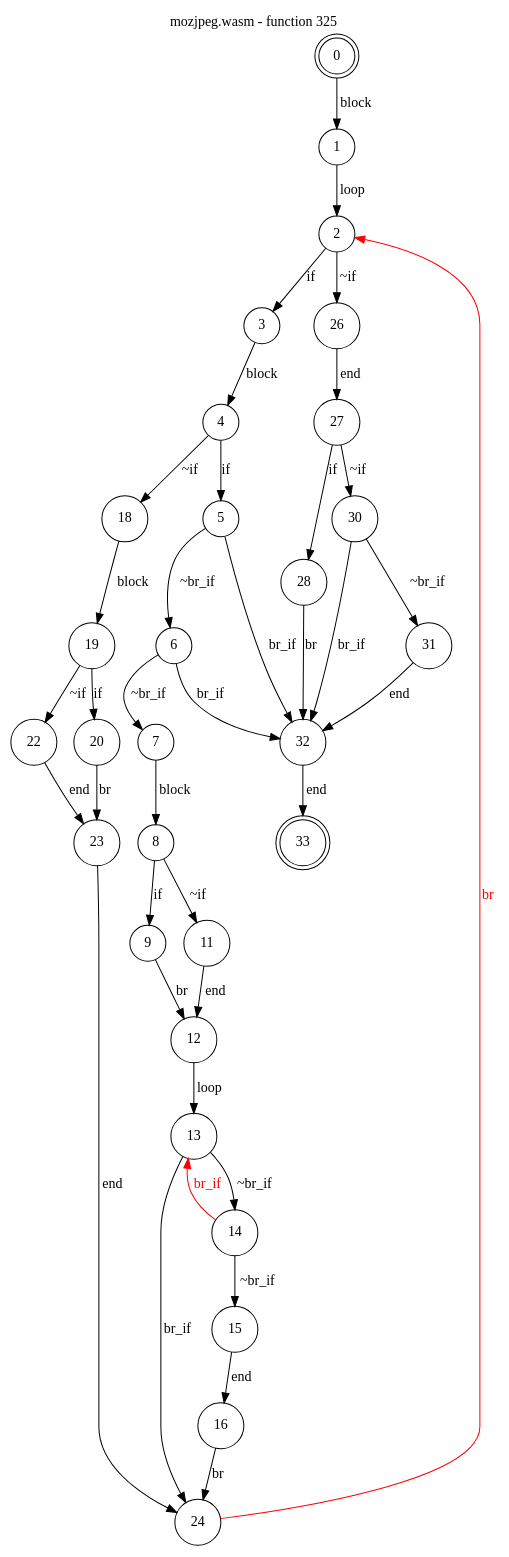
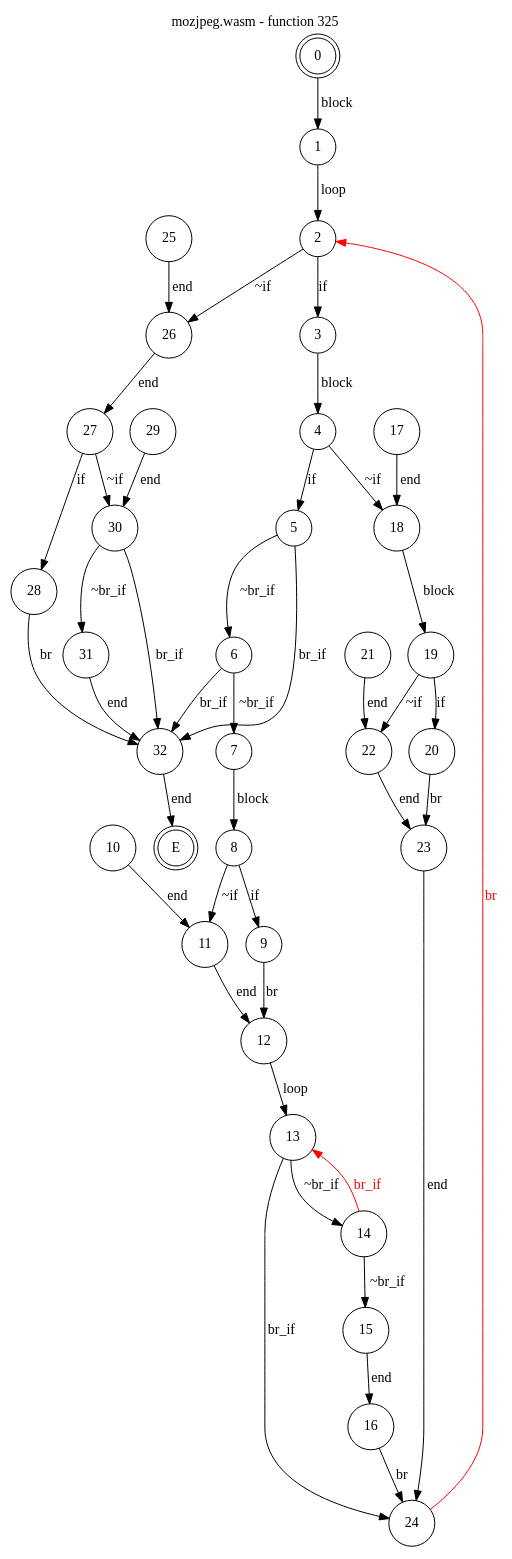
The diagram in test_cases/mozjpeg/funcs/mozjpeg-func325.dot (jsCarleton/wanalyze), drawn with Graphviz before and after one commit. The commit also changed 516 other files, not shown here.

```diff
--- a/test_cases/mozjpeg/funcs/mozjpeg-func325.dot
+++ b/test_cases/mozjpeg/funcs/mozjpeg-func325.dot
@@ -1,47 +1,52 @@
 digraph finite_state_machine {
     label = "mozjpeg.wasm - function 325"
     labelloc =  t
     labelfontsize = 16
     labelfontcolor = black
     labelfontname = "Helvetica"
-    node [shape = doublecircle]; 0 33;
+    node [shape = doublecircle]; 0 E ;
     node [shape = circle];
     0 -> 1[label="block"];
     1 -> 2[label="loop"];
     2 -> 3[label="if"];
     2 -> 26[label="~if"];
     3 -> 4[label="block"];
     4 -> 5[label="if"];
     4 -> 18[label="~if"];
     5 -> 6[label="~br_if"];
     5 -> 32[label="br_if"];
     6 -> 7[label="~br_if"];
     6 -> 32[label="br_if"];
     7 -> 8[label="block"];
     8 -> 9[label="if"];
     8 -> 11[label="~if"];
     9 -> 12[label="br"];
+    10 -> 11[label="end"];
     11 -> 12[label="end"];
     12 -> 13[label="loop"];
     13 -> 14[label="~br_if"];
     13 -> 24[label="br_if"];
     14 -> 15[label="~br_if"];
     14 -> 13[color="red" fontcolor="red" label="br_if"];
     15 -> 16[label="end"];
     16 -> 24[label="br"];
+    17 -> 18[label="end"];
     18 -> 19[label="block"];
     19 -> 20[label="if"];
     19 -> 22[label="~if"];
     20 -> 23[label="br"];
+    21 -> 22[label="end"];
     22 -> 23[label="end"];
     23 -> 24[label="end"];
     24 -> 2[color="red" fontcolor="red" label="br"];
+    25 -> 26[label="end"];
     26 -> 27[label="end"];
     27 -> 28[label="if"];
     27 -> 30[label="~if"];
     28 -> 32[label="br"];
+    29 -> 30[label="end"];
     30 -> 31[label="~br_if"];
     30 -> 32[label="br_if"];
     31 -> 32[label="end"];
-    32 -> 33[label="end"];
+    32 -> E[label="end"];
 }
```
